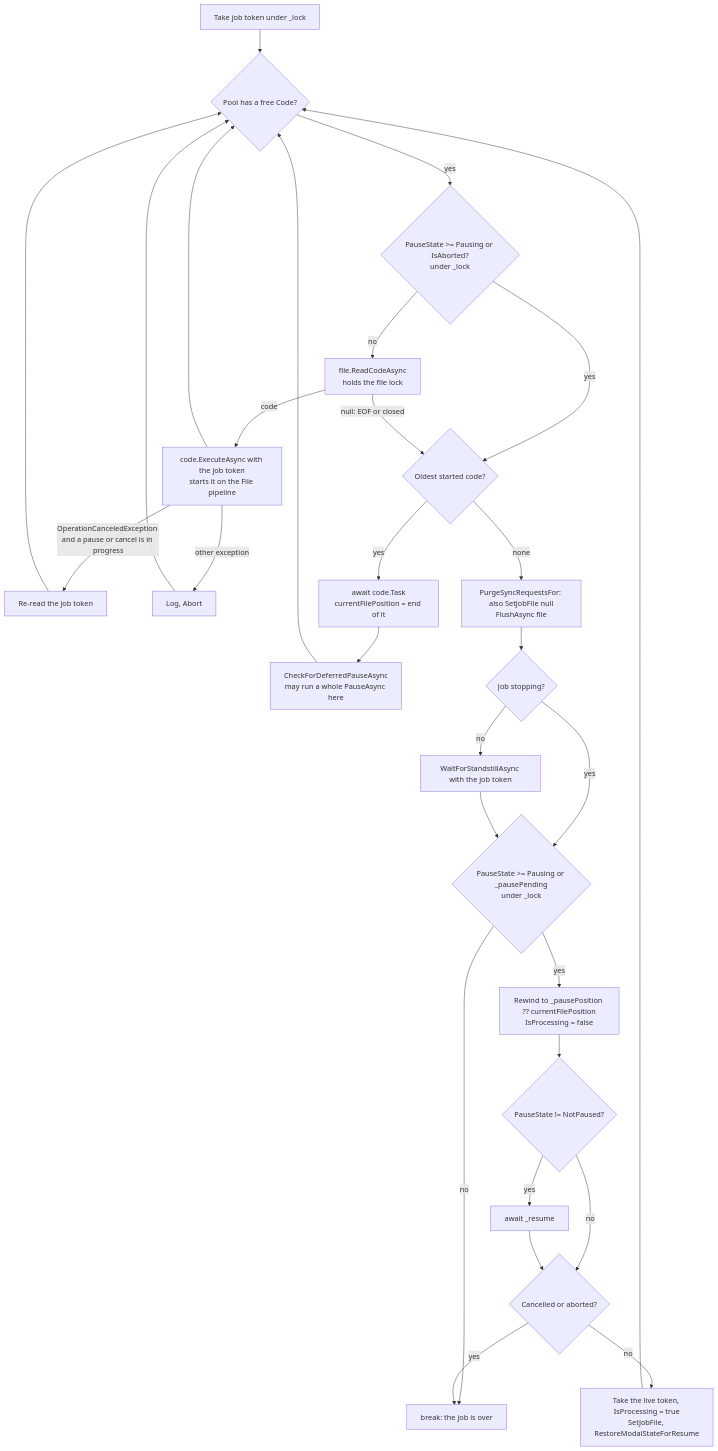
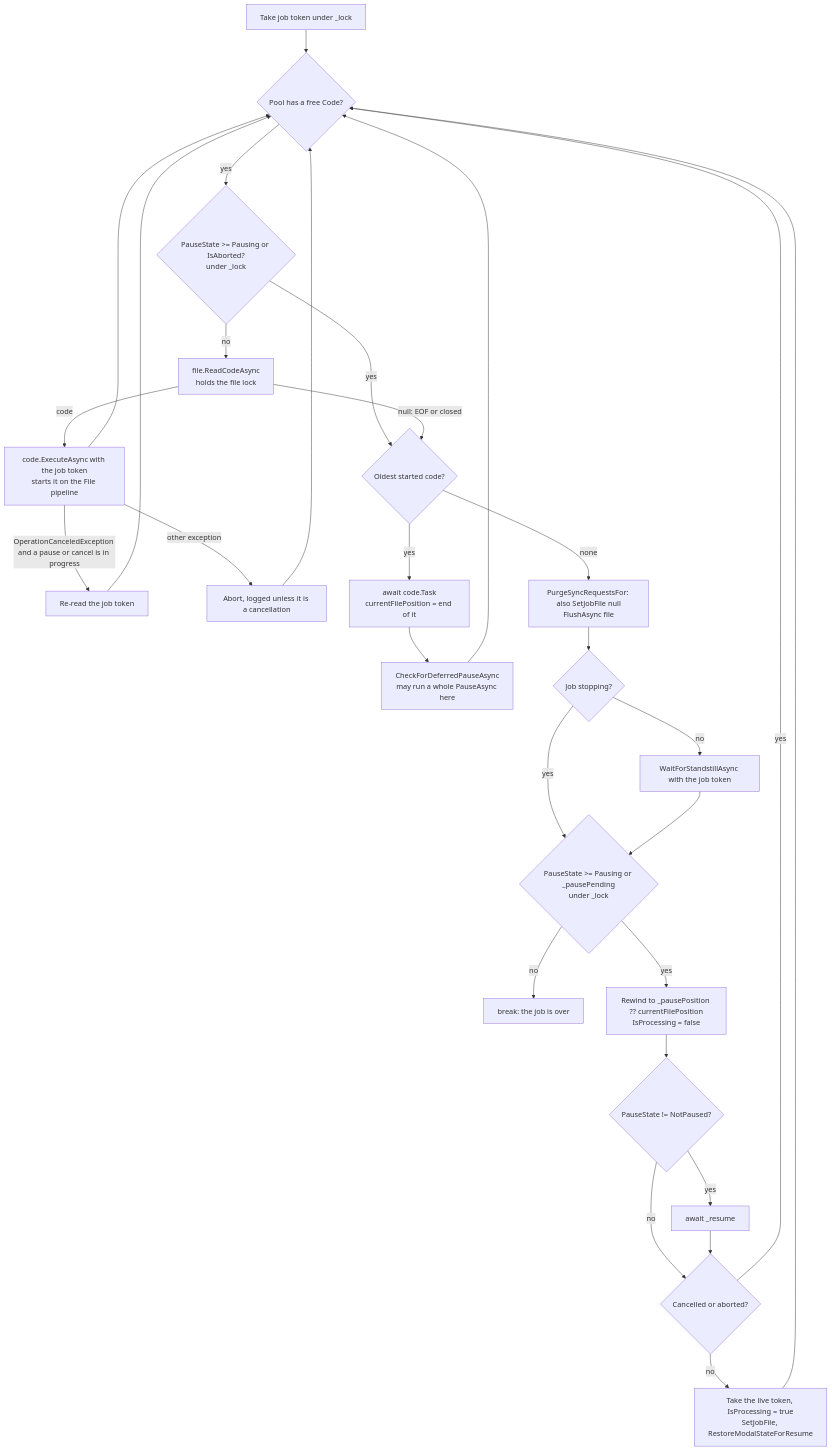
The first of 4 diagrams in docs/devel/JOB_CONTROL_CONCURRENCY.md (Duet3D/DuetSoftwareFramework), drawn with Mermaid before and after one commit. The commit also changed other lines of this file and 6 other files, not shown here.

````diff
--- a/docs/devel/JOB_CONTROL_CONCURRENCY.md
+++ b/docs/devel/JOB_CONTROL_CONCURRENCY.md
@@ -106,32 +104,32 @@
 ```mermaid
 flowchart TD
     A[Take job token under _lock] --> B{Pool has a free Code?}
     B -- yes --> C{PauseState >= Pausing or IsAborted?<br/>under _lock}
     C -- yes --> H
     C -- no --> D[file.ReadCodeAsync<br/>holds the file lock]
     D -- null: EOF or closed --> H
     D -- code --> E[code.ExecuteAsync with the job token<br/>starts it on the File pipeline]
     E -- OperationCanceledException and a pause or cancel is in progress --> F[Re-read the job token]
-    E -- other exception --> G[Log, Abort]
+    E -- other exception --> G[Abort, logged unless it is a cancellation]
     E --> B
     F --> B
     G --> B
     H{Oldest started code?}
     H -- yes --> I[await code.Task<br/>currentFilePosition = end of it]
     I --> J[CheckForDeferredPauseAsync<br/>may run a whole PauseAsync here]
     J --> B
     H -- none --> K[PurgeSyncRequestsFor: also SetJobFile null<br/>FlushAsync file]
     K --> L{Job stopping?}
     L -- no --> M[WaitForStandstillAsync with the job token]
     L -- yes --> N
     M --> N{PauseState >= Pausing or _pausePending<br/>under _lock}
     N -- no --> Z[break: the job is over]
     N -- yes --> O[Rewind to _pausePosition ?? currentFilePosition<br/>IsProcessing = false]
     O --> P{PauseState != NotPaused?}
     P -- yes --> Q[await _resume]
     P -- no --> R
     Q --> R{Cancelled or aborted?}
-    R -- yes --> Z
+    R -- yes --> B
     R -- no --> S[Take the live token, IsProcessing = true<br/>SetJobFile, RestoreModalStateForResume]
     S --> B
 ```
````
